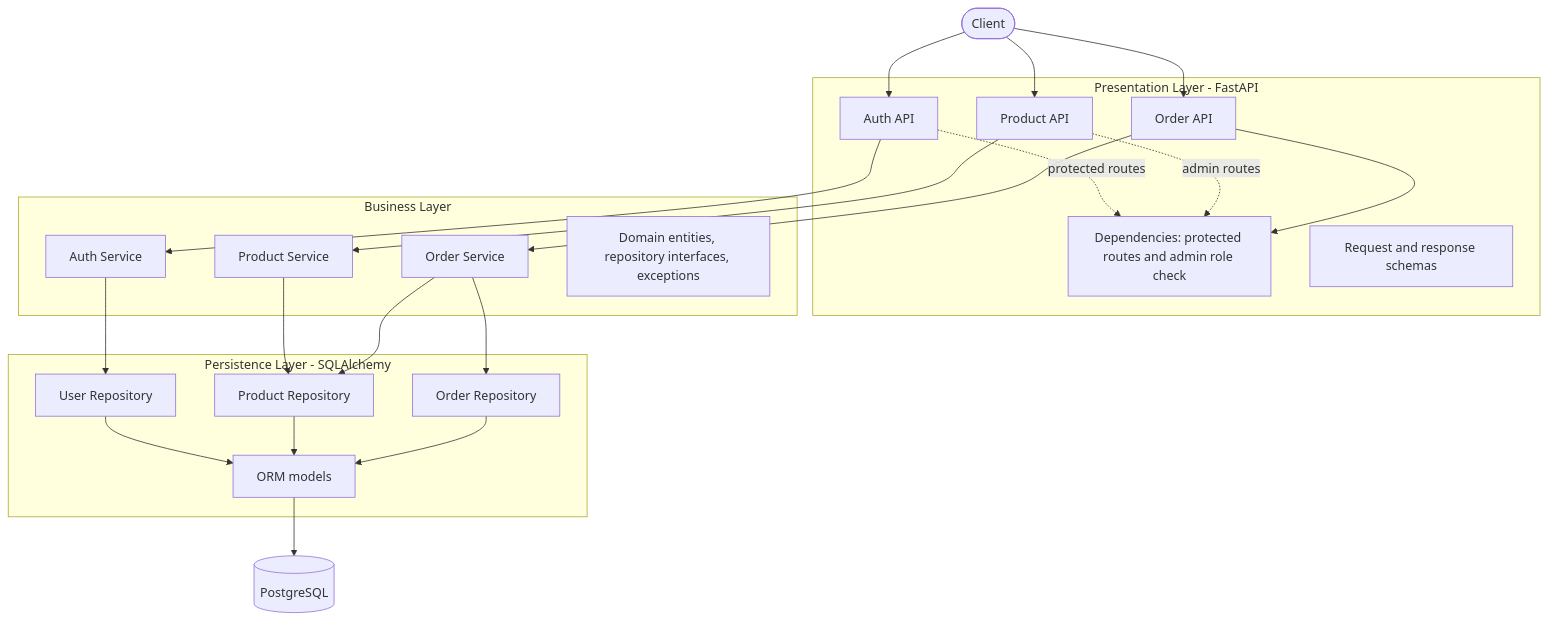
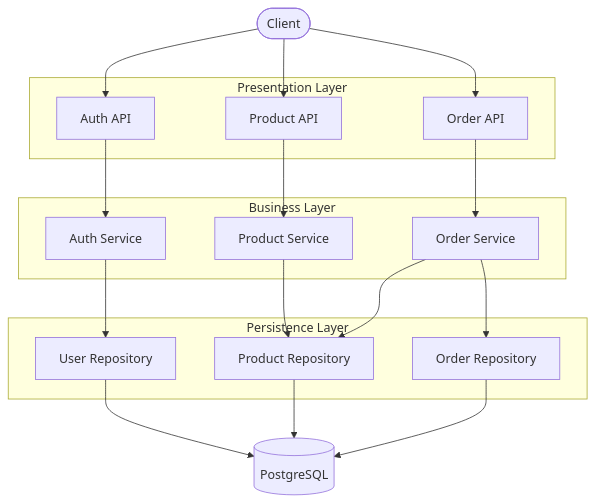
The diagram in README.md (trandangduat/KTPM-TEAM-14), drawn with Mermaid before and after one commit. The commit also changed other lines of this file, not shown here.

````diff
--- a/README.md
+++ b/README.md
@@ -57,41 +34,33 @@
 ```mermaid
 flowchart TB
-    Client([Client])
-    subgraph Presentation[Presentation Layer - FastAPI]
-        AuthAPI[Auth API]
-        ProductAPI[Product API]
-        OrderAPI[Order API]
-        Dependencies[Dependencies: protected routes and admin role check]
-        Schemas[Request and response schemas]
+    Client(["Client"])
+    subgraph Presentation["Presentation Layer"]
+        AuthAPI["Auth API"]
+        ProductAPI["Product API"]
+        OrderAPI["Order API"]
     end
-    subgraph Business[Business Layer]
-        AuthService[Auth Service]
-        ProductService[Product Service]
-        OrderService[Order Service]
-        Domain[Domain entities, repository interfaces, exceptions]
+    subgraph Business["Business Layer"]
+        AuthService["Auth Service"]
+        ProductService["Product Service"]
+        OrderService["Order Service"]
     end
-    subgraph Persistence[Persistence Layer - SQLAlchemy]
-        UserRepo[User Repository]
-        ProductRepo[Product Repository]
-        OrderRepo[Order Repository]
-        ORM[ORM models]
+    subgraph Persistence["Persistence Layer"]
+        UserRepo["User Repository"]
+        ProductRepo["Product Repository"]
+        OrderRepo["Order Repository"]
     end
-    DB[(PostgreSQL)]
+    DB[("PostgreSQL")]
     Client --> AuthAPI
     Client --> ProductAPI
     Client --> OrderAPI
-    AuthAPI -. protected routes .-> Dependencies
-    ProductAPI -. admin routes .-> Dependencies
-    OrderAPI --> Dependencies
     AuthAPI --> AuthService
     ProductAPI --> ProductService
     OrderAPI --> OrderService
     AuthService --> UserRepo
     ProductService --> ProductRepo
     OrderService --> ProductRepo
     OrderService --> OrderRepo
-    UserRepo --> ORM
-    ProductRepo --> ORM
-    OrderRepo --> ORM
-    ORM --> DB
+    UserRepo --> DB
+    ProductRepo --> DB
+    OrderRepo --> DB
 ```
````
